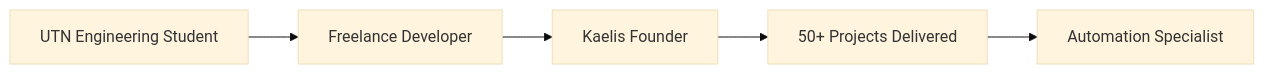
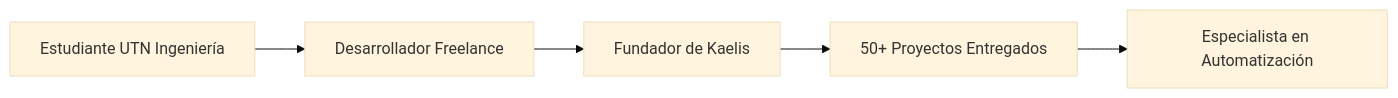
Before and after one commit to AlanMeglio/AlanMeglio: the diagram in README.md, drawn with Mermaid (base theme). The commit also changed other lines of this file, not shown here.

````diff
--- a/README.md
+++ b/README.md
@@ -157,7 +157,7 @@
 ```mermaid
 graph LR
-    A[UTN Engineering Student] --> B[Freelance Developer]
-    B --> C[Kaelis Founder]
-    C --> D[50+ Projects Delivered]
-    D --> E[Automation Specialist]
+    A[Estudiante UTN Ingeniería] --> B[Desarrollador Freelance]
+    B --> C[Fundador de Kaelis]
+    C --> D[50+ Proyectos Entregados]
+    D --> E[Especialista en Automatización]
 ```
````
